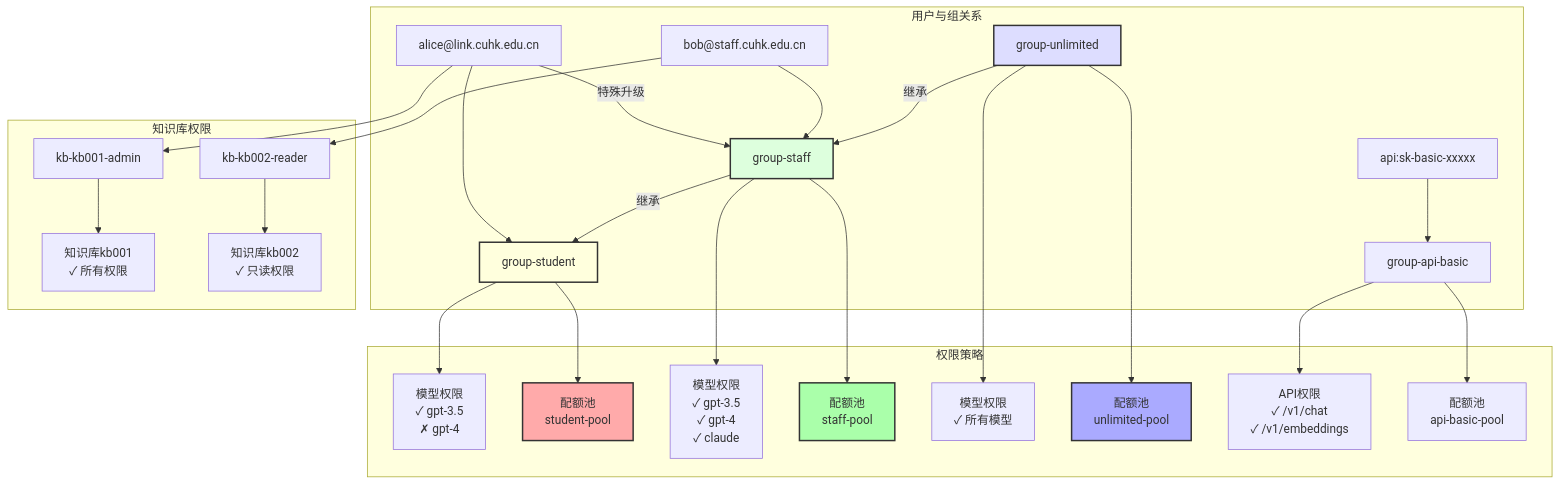
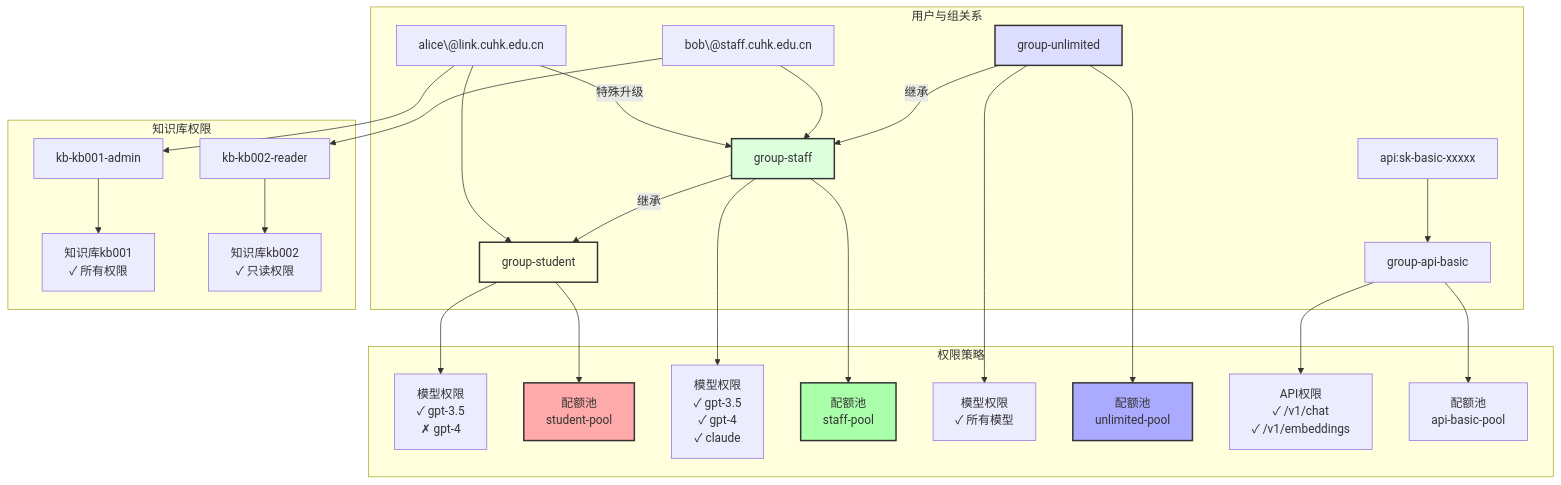
One commit to NickWilde18/UniAuth changed the third of 4 diagrams in README.md. Above: the diagram before and after it, drawn with Mermaid.

````diff
--- a/README.md
+++ b/README.md
@@ -136,50 +136,50 @@
 ```mermaid
 graph TB
     subgraph "用户与组关系"
-        U1["alice@link.cuhk.edu.cn"]
-        U2["bob@staff.cuhk.edu.cn"]
+        U1["alice\@link.cuhk.edu.cn"]
+        U2["bob\@staff.cuhk.edu.cn"]
         U3["api:sk-basic-xxxxx"]
         
         G1[group-student]
         G2[group-staff]
         G3[group-unlimited]
         G4[group-api-basic]
         
         U1 --> G1
         U1 --> |特殊升级| G2
         U2 --> G2
         U3 --> G4
         
         G3 --> |继承| G2
         G2 --> |继承| G1
     end
     
     subgraph "权限策略"
         G1 --> P1["模型权限<br/>✓ gpt-3.5<br/>✗ gpt-4"]
         G1 --> P2["配额池<br/>student-pool"]
         
         G2 --> P3["模型权限<br/>✓ gpt-3.5<br/>✓ gpt-4<br/>✓ claude"]
         G2 --> P4["配额池<br/>staff-pool"]
         
         G3 --> P5["模型权限<br/>✓ 所有模型"]
         G3 --> P6["配额池<br/>unlimited-pool"]
         
         G4 --> P7["API权限<br/>✓ /v1/chat<br/>✓ /v1/embeddings"]
         G4 --> P8["配额池<br/>api-basic-pool"]
     end
     
     subgraph "知识库权限"
         U1 --> KB1[kb-kb001-admin]
         KB1 --> KBP1["知识库kb001<br/>✓ 所有权限"]
         
         U2 --> KB2[kb-kb002-reader]
         KB2 --> KBP2["知识库kb002<br/>✓ 只读权限"]
     end
     
     style G1 fill:#ffd,stroke:#333,stroke-width:2px
     style G2 fill:#dfd,stroke:#333,stroke-width:2px
     style G3 fill:#ddf,stroke:#333,stroke-width:2px
     style P2 fill:#faa,stroke:#333,stroke-width:2px
     style P4 fill:#afa,stroke:#333,stroke-width:2px
     style P6 fill:#aaf,stroke:#333,stroke-width:2px
 ```
````
